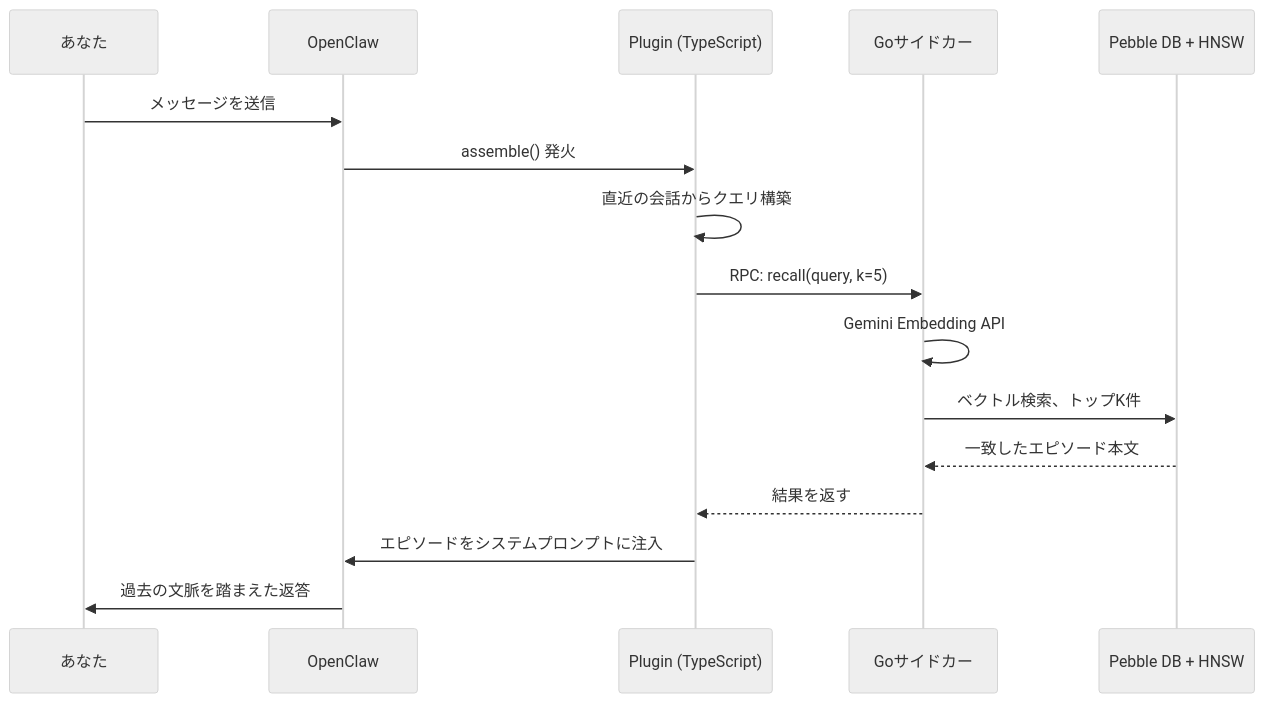
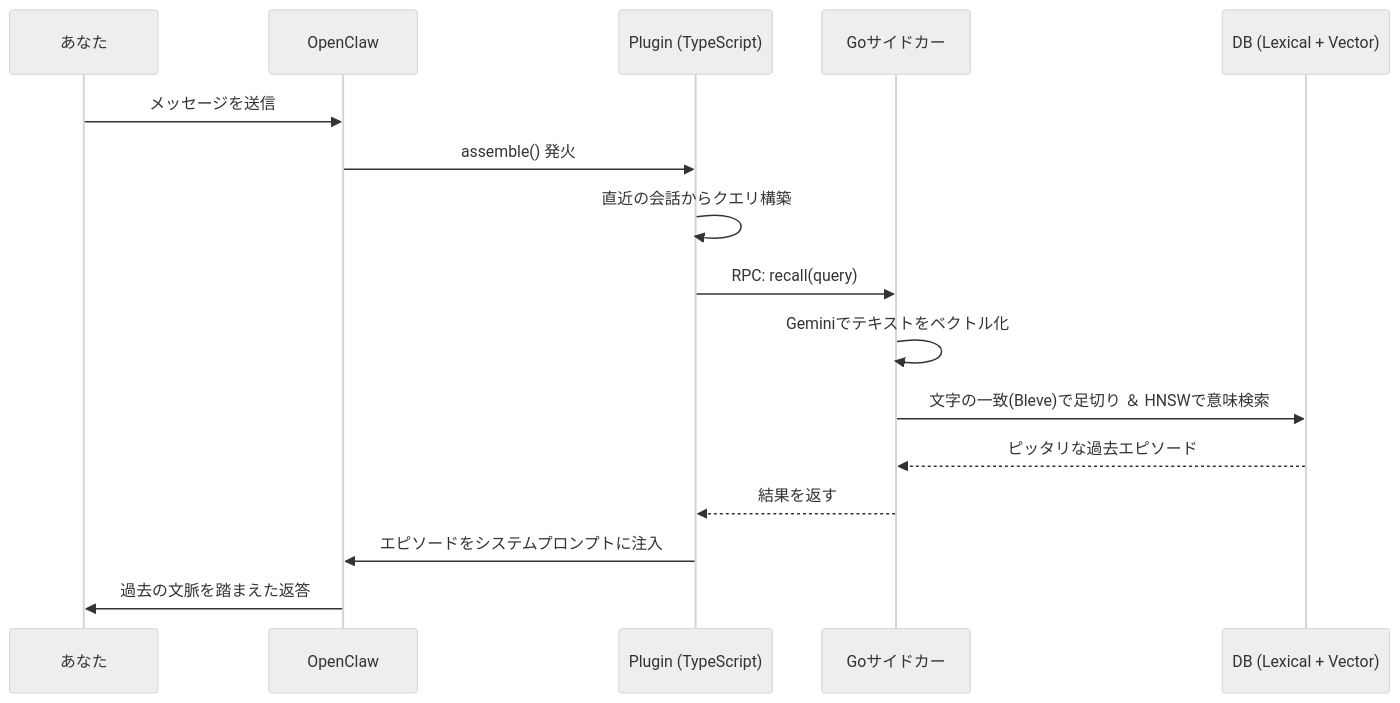
The diagram in README.ja.md (YoshiaKefasu/episodic-claw), drawn with Mermaid (neutral theme) before and after one commit. The commit also changed other lines of this file and 6 other files, not shown here.

````diff
--- a/README.ja.md
+++ b/README.ja.md
@@ -47,19 +45,19 @@
 ```mermaid
 sequenceDiagram
     participant User as あなた
     participant OpenClaw
     participant TS as Plugin (TypeScript)
     participant Go as Goサイドカー
-    participant DB as Pebble DB + HNSW
+    participant DB as DB (Lexical + Vector)
 
     User->>OpenClaw: メッセージを送信
     OpenClaw->>TS: assemble() 発火
     TS->>TS: 直近の会話からクエリ構築
-    TS->>Go: RPC: recall(query, k=5)
-    Go->>Go: Gemini Embedding API
-    Go->>DB: ベクトル検索、トップK件
-    DB-->>Go: 一致したエピソード本文
+    TS->>Go: RPC: recall(query)
+    Go->>Go: Geminiでテキストをベクトル化
+    Go->>DB: 文字の一致(Bleve)で足切り ＆ HNSWで意味検索
+    DB-->>Go: ピッタリな過去エピソード
     Go-->>TS: 結果を返す
     TS->>OpenClaw: エピソードをシステムプロンプトに注入
     OpenClaw->>User: 過去の文脈を踏まえた返答
 ```
````
